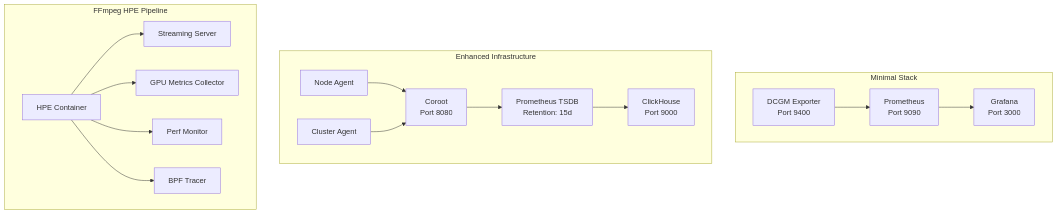
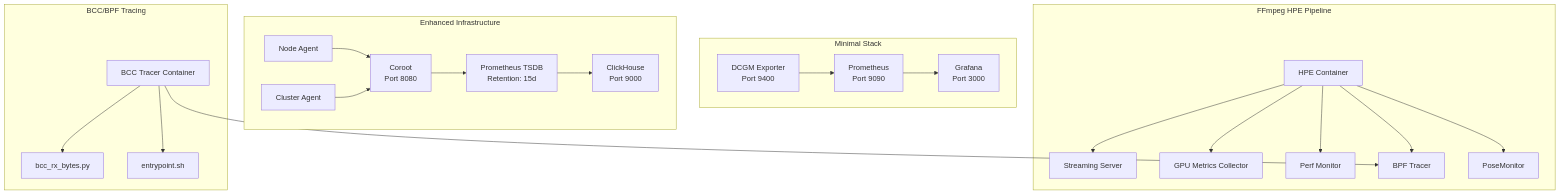
One commit to Fogus-Gr/MeasurementsDTs changed the first of 6 diagrams in .qoder/repowiki/en/content/Deployment Infrastructure/Monitoring and Observability Stack.md. Above: the diagram before and after it, drawn with Mermaid. The commit also changed other lines of this file and 8 other files, not shown here.

````diff
--- a/.qoder/repowiki/en/content/Deployment Infrastructure/Monitoring and Observability Stack.md
+++ b/.qoder/repowiki/en/content/Deployment Infrastructure/Monitoring and Observability Stack.md
@@ -37,32 +54,42 @@
 ```mermaid
 graph TB
 subgraph "Minimal Stack"
 DCGM["DCGM Exporter<br/>Port 9400"]
 PROM["Prometheus<br/>Port 9090"]
 GRAF["Grafana<br/>Port 3000"]
 end
 subgraph "Enhanced Infrastructure"
 COROOT["Coroot<br/>Port 8080"]
 NODE_AGENT["Node Agent"]
 CLUSTER_AGENT["Cluster Agent"]
 CH["ClickHouse<br/>Port 9000"]
 PROM2["Prometheus TSDB<br/>Retention: 15d"]
 end
 subgraph "FFmpeg HPE Pipeline"
 HPE["HPE Container"]
 STREAM["Streaming Server"]
 GPU_METRICS["GPU Metrics Collector"]
 PERF["Perf Monitor"]
 BPF["BPF Tracer"]
+POSE["PoseMonitor"]
+end
+subgraph "BCC/BPF Tracing"
+BCC_TRACER["BCC Tracer Container"]
+BCC_SCRIPT["bcc_rx_bytes.py"]
+BCC_ENTRY["entrypoint.sh"]
 end
 DCGM --> PROM
 PROM --> GRAF
 HPE --> STREAM
 HPE --> GPU_METRICS
 HPE --> PERF
 HPE --> BPF
+HPE --> POSE
+BCC_TRACER --> BCC_SCRIPT
+BCC_TRACER --> BCC_ENTRY
+BCC_TRACER --> BPF
 COROOT --> PROM2
 PROM2 --> CH
 NODE_AGENT --> COROOT
 CLUSTER_AGENT --> COROOT
 ```
````
